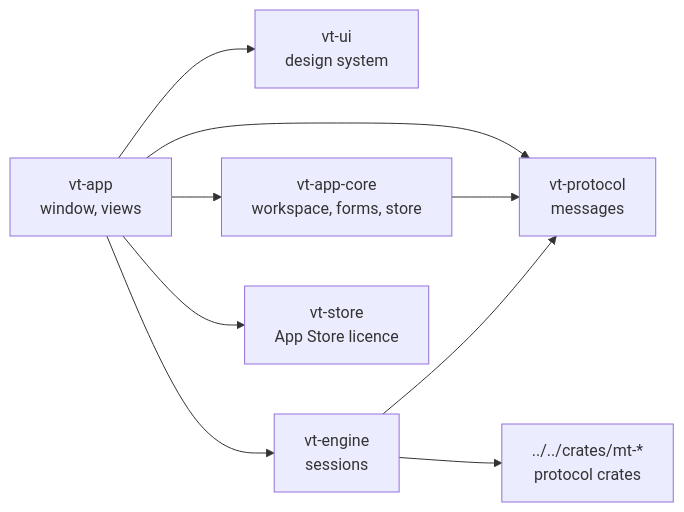
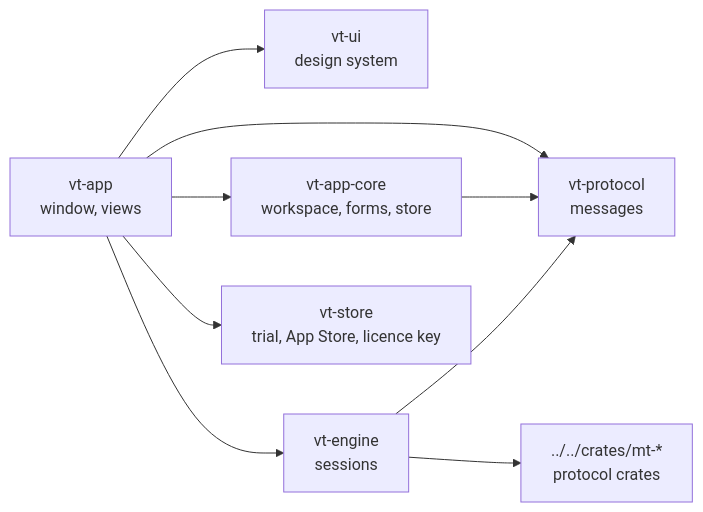
One commit to VoltrusID/voltrus-explorers changed the first of 2 diagrams in apps/voltrus-tools/docs/architecture.md. Above: the diagram before and after it, drawn with Mermaid. The commit also changed other lines of this file and 5 other files, not shown here.

````diff
--- a/apps/voltrus-tools/docs/architecture.md
+++ b/apps/voltrus-tools/docs/architecture.md
@@ -7,11 +7,11 @@
 ```mermaid
 flowchart LR
     APP["vt-app<br/>window, views"] --> UI["vt-ui<br/>design system"]
     APP --> CORE["vt-app-core<br/>workspace, forms, store"]
     APP --> ENGINE["vt-engine<br/>sessions"]
     APP --> PROTO["vt-protocol<br/>messages"]
-    APP --> STORE["vt-store<br/>App Store licence"]
+    APP --> STORE["vt-store<br/>trial, App Store, licence key"]
     CORE --> PROTO
     ENGINE --> PROTO
     ENGINE --> MT["../../crates/mt-*<br/>protocol crates"]
 ```
````
